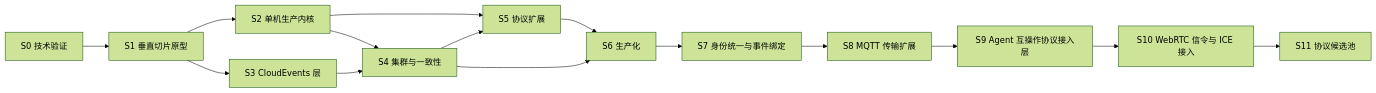
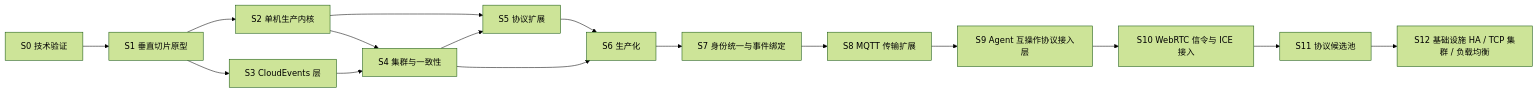
Before and after one commit to wanliofficial/unified-mq: the diagram in docs/roadmap.md, drawn with Mermaid (forest theme). The commit also changed other lines of this file and 32 other files, not shown here.

````diff
--- a/docs/roadmap.md
+++ b/docs/roadmap.md
@@ -21,17 +21,18 @@
 ```mermaid
 flowchart LR
     S0[S0 技术验证] --> S1[S1 垂直切片原型]
     S1 --> S2[S2 单机生产内核]
     S1 --> S3[S3 CloudEvents 层]
     S2 --> S4[S4 集群与一致性]
     S3 --> S4
     S2 --> S5[S5 协议扩展]
     S4 --> S5
     S5 --> S6[S6 生产化]
     S4 --> S6
     S6 --> S7[S7 身份统一与事件绑定]
     S7 --> S8[S8 MQTT 传输扩展]
     S8 --> S9[S9 Agent 互操作协议接入层]
     S9 --> S10[S10 WebRTC 信令与 ICE 接入]
     S10 --> S11[S11 协议候选池]
+    S11 --> S12[S12 基础设施 HA / TCP 集群 / 负载均衡]
 ```
````
